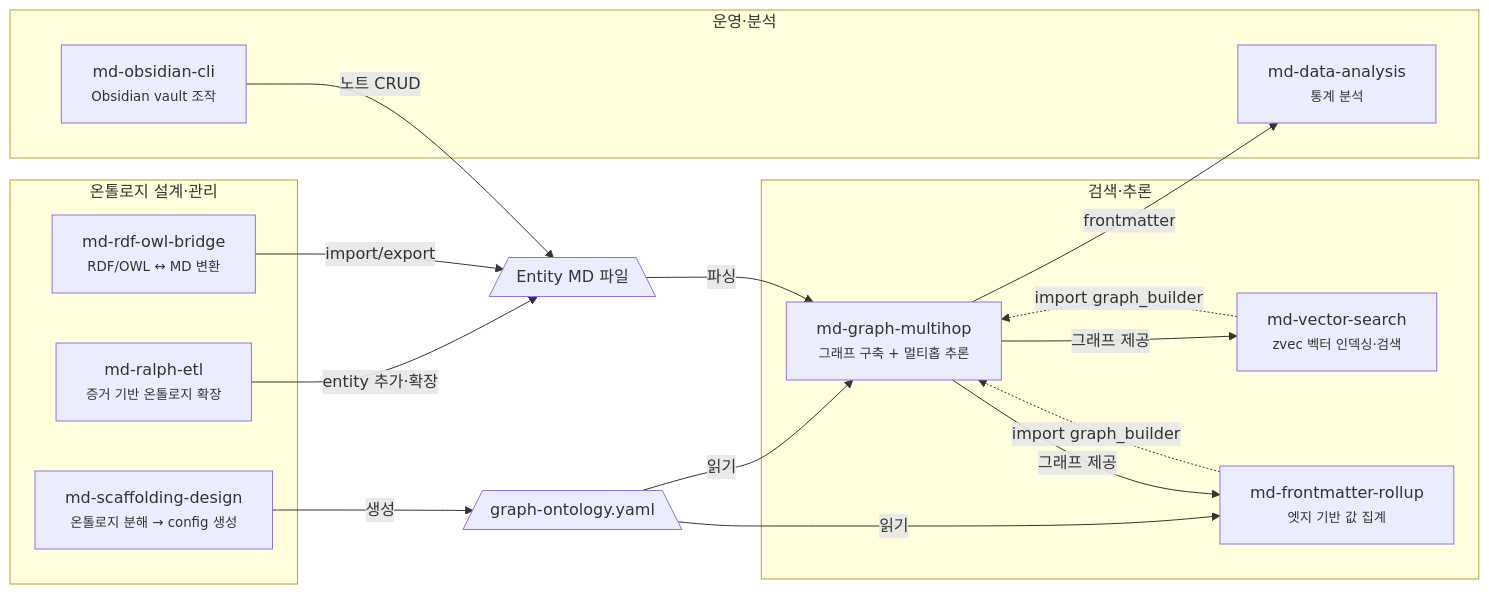
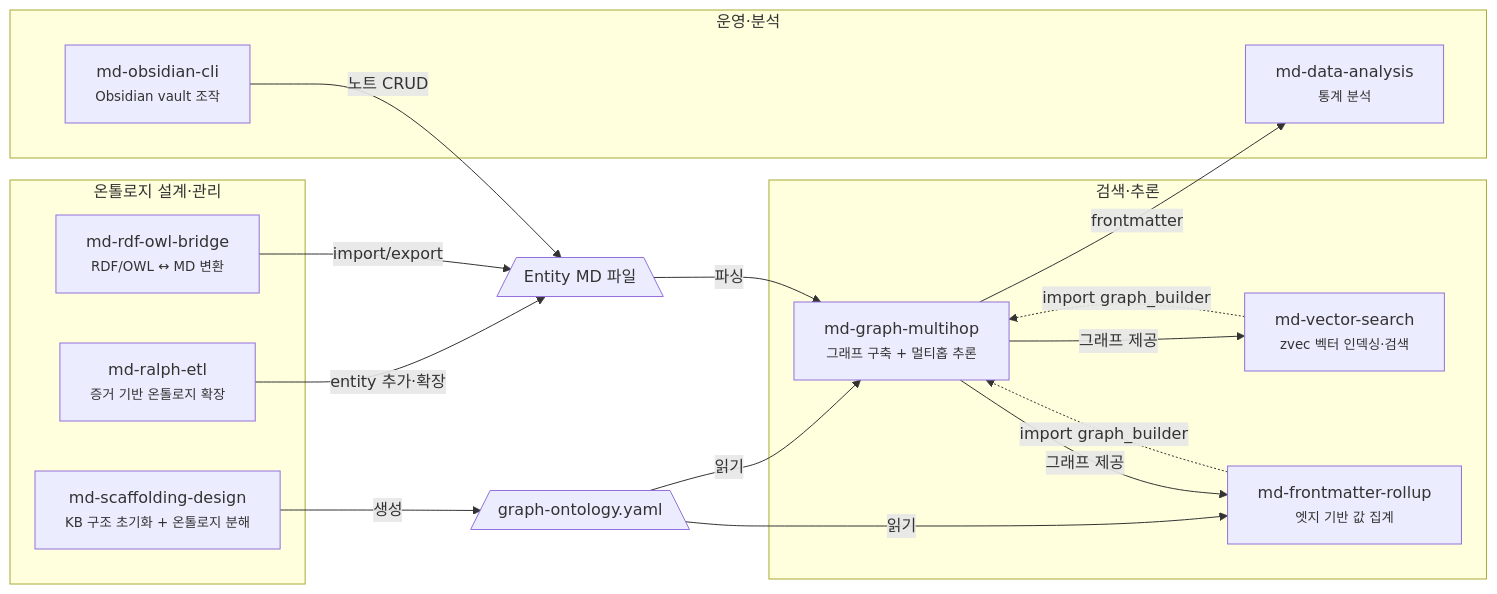
The second of 2 diagrams in README.md (WMJOON/markdown-scaffolding-multihop), drawn with Mermaid before and after one commit. The commit also changed other lines of this file and 13 other files, not shown here.

````diff
--- a/README.md
+++ b/README.md
@@ -29,38 +50,33 @@
 ```mermaid
 flowchart LR
     subgraph 온톨로지["온톨로지 설계·관리"]
-        scaffolding["md-scaffolding-design<br/><small>온톨로지 분해 → config 생성</small>"]
+        scaffolding["md-scaffolding-design<br/><small>KB 구조 초기화 + 온톨로지 분해</small>"]
         ralph["md-ralph-etl<br/><small>증거 기반 온톨로지 확장</small>"]
         rdf["md-rdf-owl-bridge<br/><small>RDF/OWL ↔ MD 변환</small>"]
     end
-
     subgraph 검색추론["검색·추론"]
         multihop["md-graph-multihop<br/><small>그래프 구축 + 멀티홉 추론</small>"]
         vector["md-vector-search<br/><small>zvec 벡터 인덱싱·검색</small>"]
         rollup["md-frontmatter-rollup<br/><small>엣지 기반 값 집계</small>"]
     end
-
     subgraph 운영분석["운영·분석"]
         obsidian["md-obsidian-cli<br/><small>Obsidian vault 조작</small>"]
         analysis["md-data-analysis<br/><small>통계 분석</small>"]
     end
 
     config[/"graph-ontology.yaml"\]
     entities[/"Entity MD 파일"\]
 
     scaffolding -- "생성" --> config
     config -- "읽기" --> multihop
     config -- "읽기" --> rollup
-
     vector -. "import graph_builder" .-> multihop
     rollup -. "import graph_builder" .-> multihop
-
     ralph -- "entity 추가·확장" --> entities
     rdf -- "import/export" --> entities
     obsidian -- "노트 CRUD" --> entities
     entities -- "파싱" --> multihop
-
     multihop -- "그래프 제공" --> vector
     multihop -- "그래프 제공" --> rollup
     multihop -- "frontmatter" --> analysis
 ```
````
